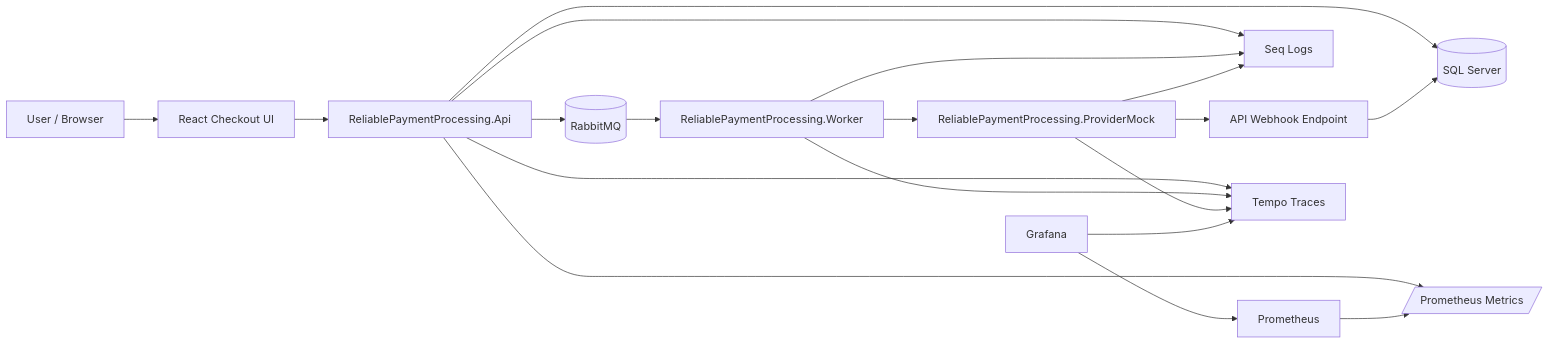
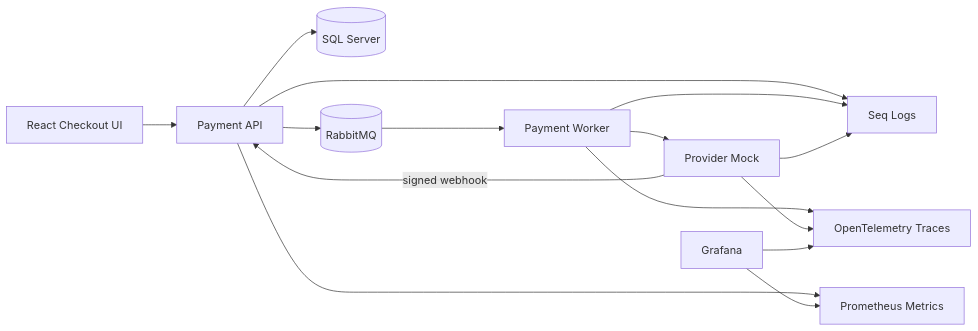
The first of 4 diagrams in README.md (haoyucheng369-gif/payment-reliability), drawn with Mermaid before and after one commit. The commit also changed other lines of this file, not shown here.

````diff
--- a/README.md
+++ b/README.md
@@ -39,21 +18,20 @@
 ```mermaid
 flowchart LR
-    User[User / Browser] --> Web[React Checkout UI]
-    Web --> Api[ReliablePaymentProcessing.Api]
-    Api --> Sql[(SQL Server)]
-    Api --> Rabbit[(RabbitMQ)]
-    Rabbit --> Worker[ReliablePaymentProcessing.Worker]
-    Worker --> Provider[ReliablePaymentProcessing.ProviderMock]
-    Provider --> ApiWebhook[API Webhook Endpoint]
-    ApiWebhook --> Sql
-    Api --> Seq[Seq Logs]
+    Web[React Checkout UI] --> API[Payment API]
+    API --> DB[(SQL Server)]
+    API --> MQ[(RabbitMQ)]
+
+    MQ --> Worker[Payment Worker]
+    Worker --> Provider[Provider Mock]
+    Provider -->|signed webhook| API
+
+    API --> Seq[Seq Logs]
     Worker --> Seq
     Provider --> Seq
-    Api --> Metrics[/Prometheus Metrics/]
-    Prometheus[Prometheus] --> Metrics
-    Grafana[Grafana] --> Prometheus
-    Api --> Tempo[Tempo Traces]
-    Worker --> Tempo
+
+    API --> Prom[Prometheus Metrics]
+    Worker --> Tempo[OpenTelemetry Traces]
     Provider --> Tempo
+    Grafana[Grafana] --> Prom
     Grafana --> Tempo
 ```
````
